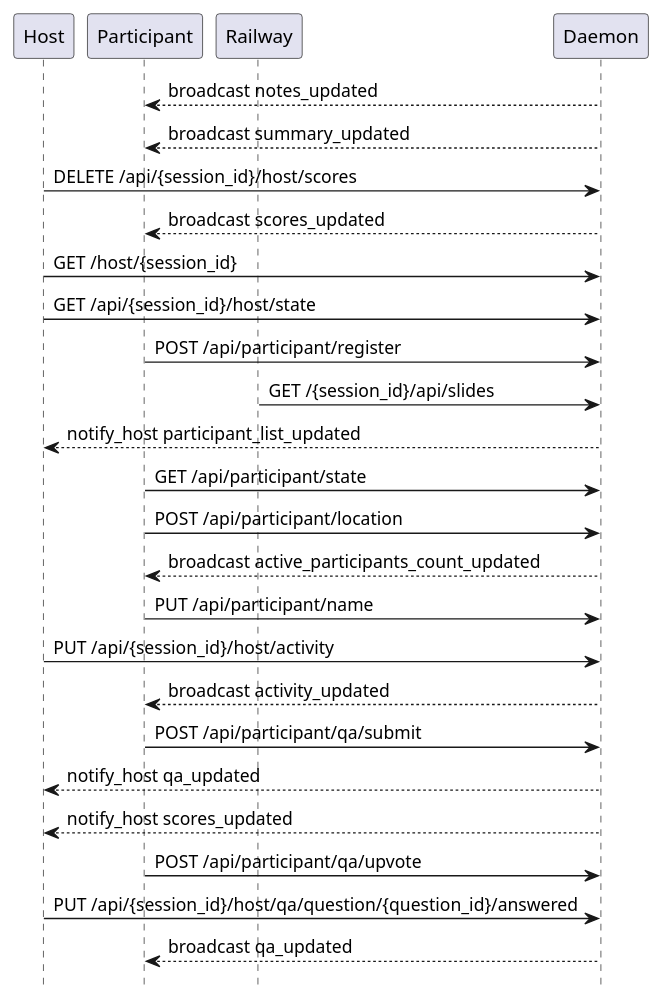
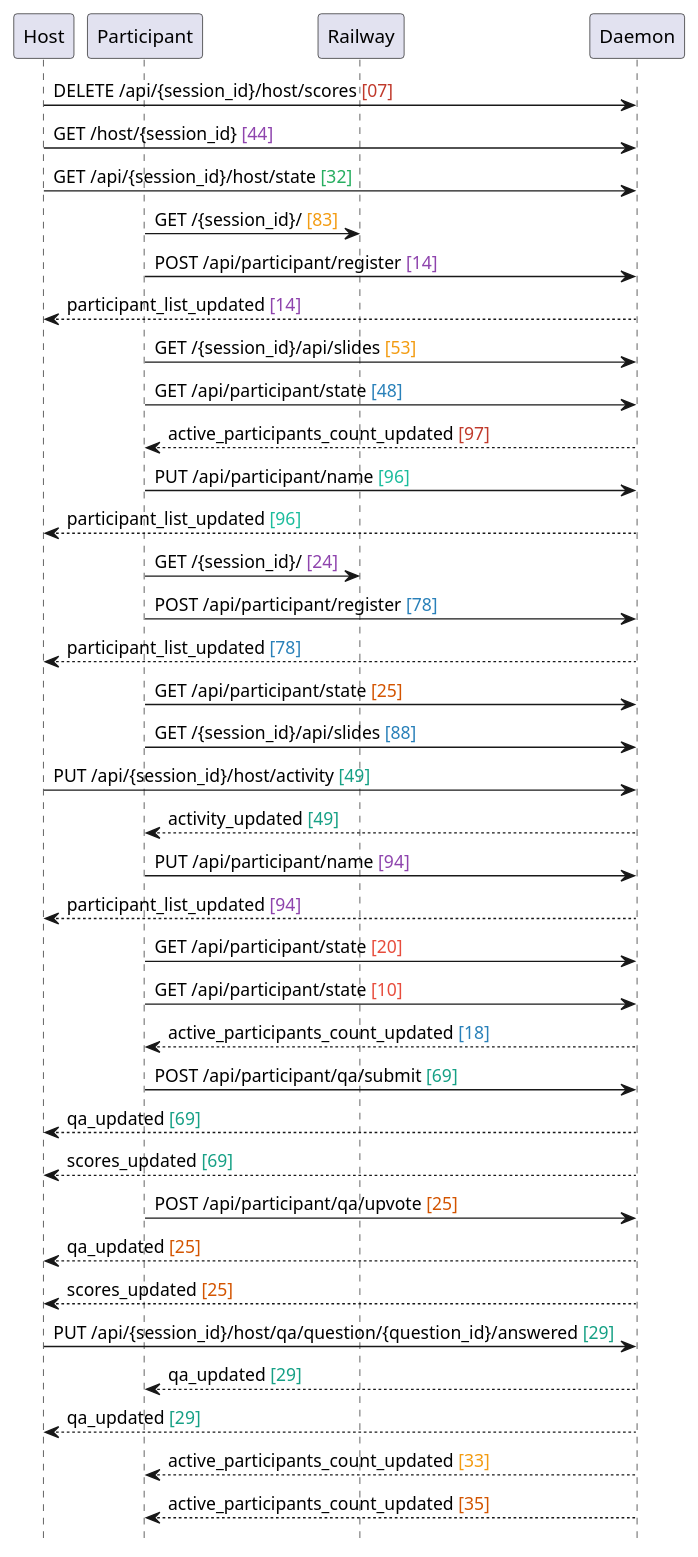
Before and after one commit to victorrentea/training-assistant: the diagram in docs/sequences/extracted/04-qa-and-wordcloud.puml, drawn with PlantUML. The commit also changed 5 other files, not shown here.

Commit message:
docs: regenerated slides sequence — clean named actors, no generic Participant

```diff
--- a/docs/sequences/extracted/04-qa-and-wordcloud.puml
+++ b/docs/sequences/extracted/04-qa-and-wordcloud.puml
@@ -1,31 +1,44 @@
 @startuml
 hide footbox
 
 participant "Host"
 participant "Participant"
 participant "Railway"
 participant "Daemon"
 
-"Daemon" --> "Participant": broadcast notes_updated
-"Daemon" --> "Participant": broadcast summary_updated
-"Host" -> "Daemon": DELETE /api/{session_id}/host/scores
-"Daemon" --> "Participant": broadcast scores_updated
-"Host" -> "Daemon": GET /host/{session_id}
-"Host" -> "Daemon": GET /api/{session_id}/host/state
-"Participant" -> "Daemon": POST /api/participant/register
-"Railway" -> "Daemon": GET /{session_id}/api/slides
-"Daemon" --> "Host": notify_host participant_list_updated
-"Participant" -> "Daemon": GET /api/participant/state
-"Participant" -> "Daemon": POST /api/participant/location
-"Daemon" --> "Participant": broadcast active_participants_count_updated
-"Participant" -> "Daemon": PUT /api/participant/name
-"Host" -> "Daemon": PUT /api/{session_id}/host/activity
-"Daemon" --> "Participant": broadcast activity_updated
-"Participant" -> "Daemon": POST /api/participant/qa/submit
-"Daemon" --> "Host": notify_host qa_updated
-"Daemon" --> "Host": notify_host scores_updated
-"Participant" -> "Daemon": POST /api/participant/qa/upvote
-"Host" -> "Daemon": PUT /api/{session_id}/host/qa/question/{question_id}/answered
-"Daemon" --> "Participant": broadcast qa_updated
+"Host" -> "Daemon": DELETE /api/{session_id}/host/scores <color:#C0392B>[07]</color>
+"Host" -> "Daemon": GET /host/{session_id} <color:#8E44AD>[44]</color>
+"Host" -> "Daemon": GET /api/{session_id}/host/state <color:#27AE60>[32]</color>
+"Participant" -> "Railway": GET /{session_id}/ <color:#F39C12>[83]</color>
+"Participant" -> "Daemon": POST /api/participant/register <color:#8E44AD>[14]</color>
+"Daemon" --> "Host": participant_list_updated <color:#8E44AD>[14]</color>
+"Participant" -> "Daemon": GET /{session_id}/api/slides <color:#F39C12>[53]</color>
+"Participant" -> "Daemon": GET /api/participant/state <color:#2980B9>[48]</color>
+"Daemon" --> "Participant": active_participants_count_updated <color:#C0392B>[97]</color>
+"Participant" -> "Daemon": PUT /api/participant/name <color:#1ABC9C>[96]</color>
+"Daemon" --> "Host": participant_list_updated <color:#1ABC9C>[96]</color>
+"Participant" -> "Railway": GET /{session_id}/ <color:#8E44AD>[24]</color>
+"Participant" -> "Daemon": POST /api/participant/register <color:#2980B9>[78]</color>
+"Daemon" --> "Host": participant_list_updated <color:#2980B9>[78]</color>
+"Participant" -> "Daemon": GET /api/participant/state <color:#D35400>[25]</color>
+"Participant" -> "Daemon": GET /{session_id}/api/slides <color:#2980B9>[88]</color>
+"Host" -> "Daemon": PUT /api/{session_id}/host/activity <color:#16A085>[49]</color>
+"Daemon" --> "Participant": activity_updated <color:#16A085>[49]</color>
+"Participant" -> "Daemon": PUT /api/participant/name <color:#8E44AD>[94]</color>
+"Daemon" --> "Host": participant_list_updated <color:#8E44AD>[94]</color>
+"Participant" -> "Daemon": GET /api/participant/state <color:#E74C3C>[20]</color>
+"Participant" -> "Daemon": GET /api/participant/state <color:#E74C3C>[10]</color>
+"Daemon" --> "Participant": active_participants_count_updated <color:#2980B9>[18]</color>
+"Participant" -> "Daemon": POST /api/participant/qa/submit <color:#16A085>[69]</color>
+"Daemon" --> "Host": qa_updated <color:#16A085>[69]</color>
+"Daemon" --> "Host": scores_updated <color:#16A085>[69]</color>
+"Participant" -> "Daemon": POST /api/participant/qa/upvote <color:#D35400>[25]</color>
+"Daemon" --> "Host": qa_updated <color:#D35400>[25]</color>
+"Daemon" --> "Host": scores_updated <color:#D35400>[25]</color>
+"Host" -> "Daemon": PUT /api/{session_id}/host/qa/question/{question_id}/answered <color:#16A085>[29]</color>
+"Daemon" --> "Participant": qa_updated <color:#16A085>[29]</color>
+"Daemon" --> "Host": qa_updated <color:#16A085>[29]</color>
+"Daemon" --> "Participant": active_participants_count_updated <color:#F39C12>[33]</color>
+"Daemon" --> "Participant": active_participants_count_updated <color:#D35400>[35]</color>
 
 @enduml
```
